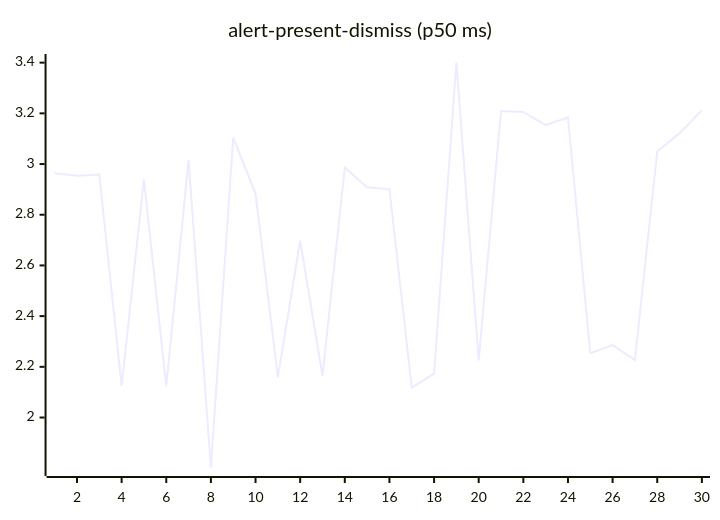
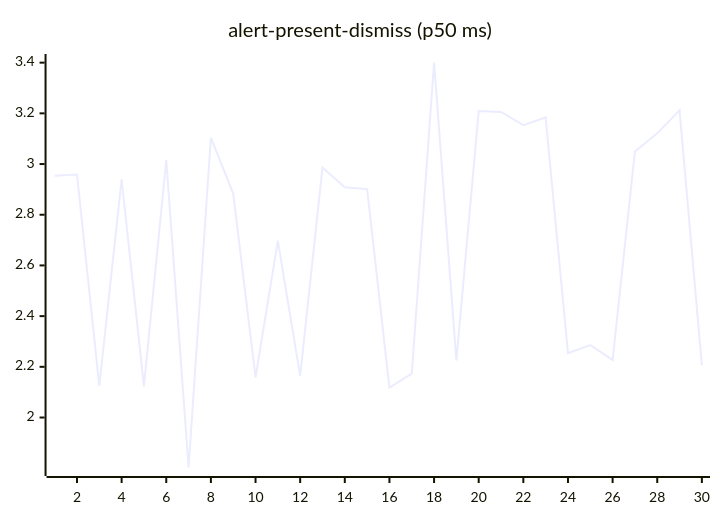
The second of 27 diagrams in README.md (josha/Facet), drawn with Mermaid before and after one commit. The commit also changed other lines of this file and 2 other files, not shown here.

````diff
--- a/README.md
+++ b/README.md
@@ -70,6 +70,6 @@
 ```mermaid
 xychart-beta
     title "alert-present-dismiss (p50 ms)"
     x-axis 1 --> 30
-    line [2.9632, 2.9538, 2.9589, 2.1244, 2.9396, 2.1232, 3.0157, 1.8028, 3.1043, 2.8834, 2.1588, 2.6974, 2.1643, 2.9862, 2.9085, 2.9011, 2.1177, 2.1729, 3.4006, 2.2253, 3.2090, 3.2058, 3.1536, 3.1837, 2.2536, 2.2857, 2.2272, 3.0496, 3.1212, 3.2117]
+    line [2.9538, 2.9589, 2.1244, 2.9396, 2.1232, 3.0157, 1.8028, 3.1043, 2.8834, 2.1588, 2.6974, 2.1643, 2.9862, 2.9085, 2.9011, 2.1177, 2.1729, 3.4006, 2.2253, 3.2090, 3.2058, 3.1536, 3.1837, 2.2536, 2.2857, 2.2272, 3.0496, 3.1212, 3.2117, 2.2054]
 ```
````
